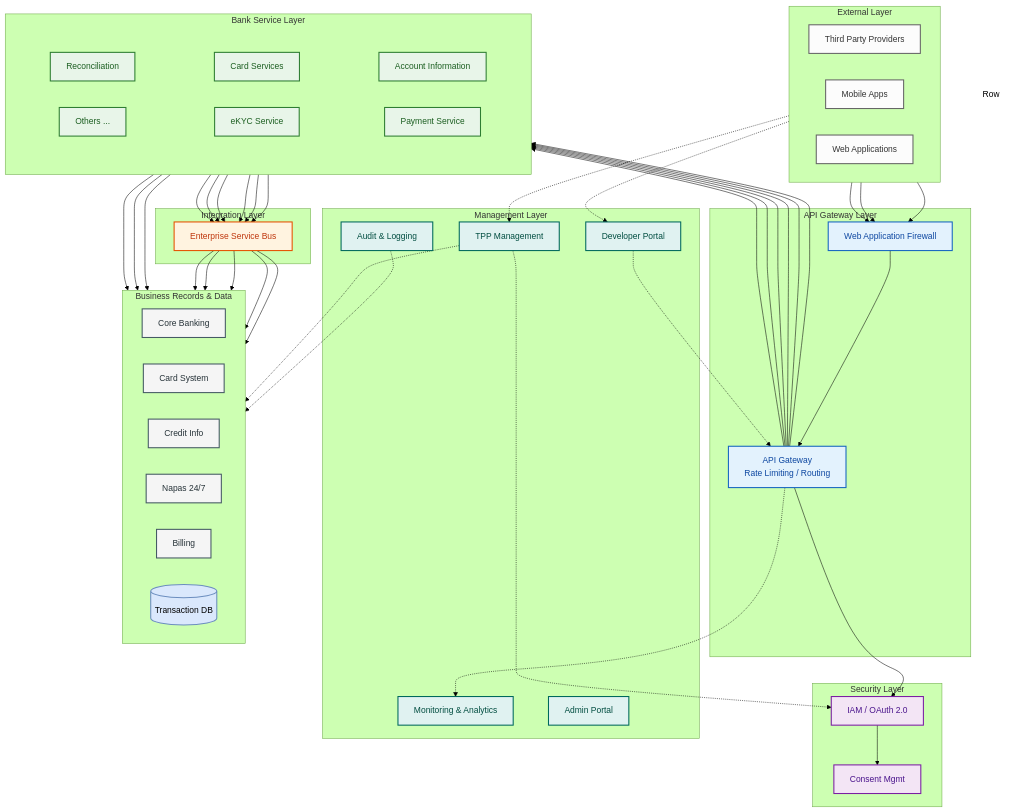
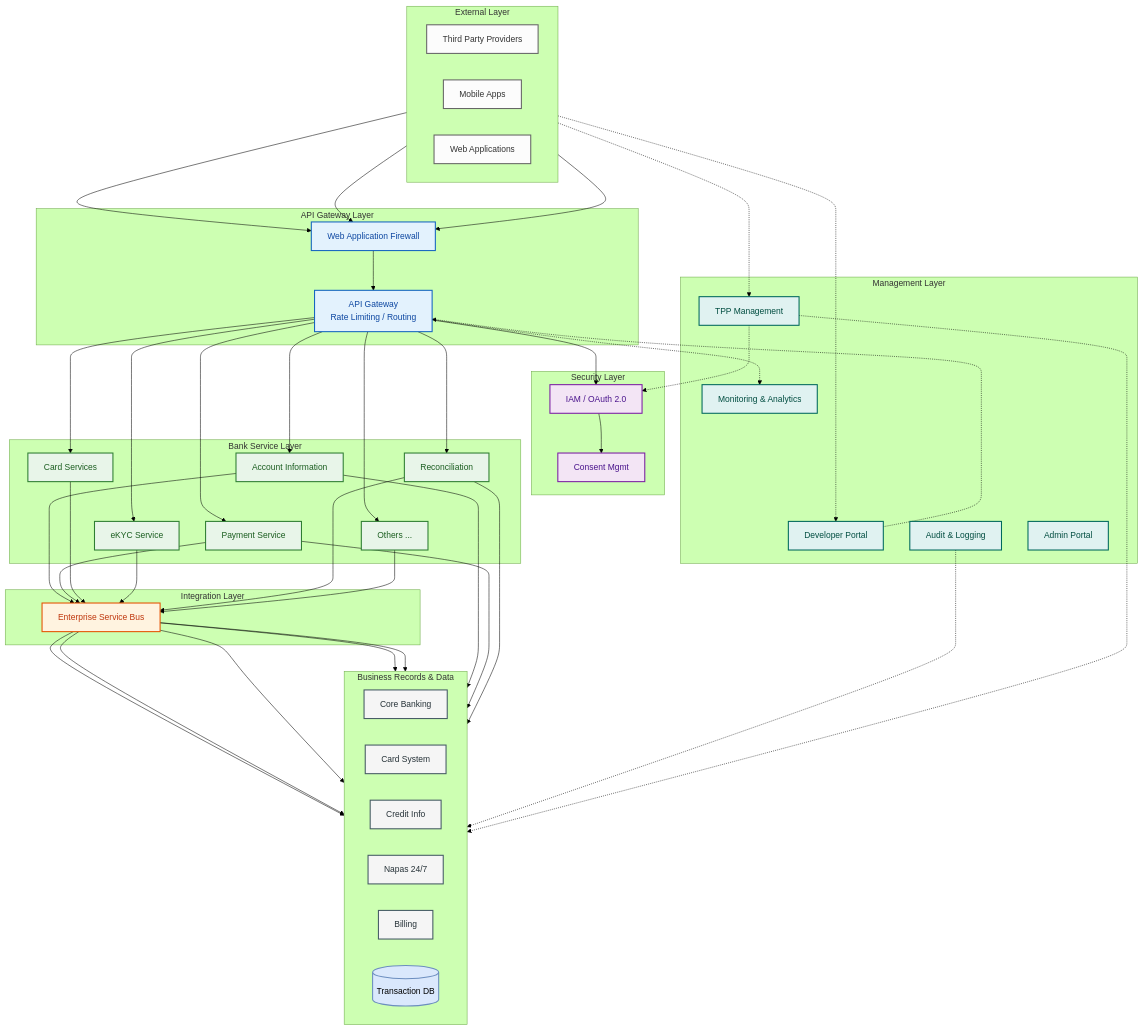
One commit to huuhoait/openbanking-vn-specs changed the first of 2 diagrams in 01-Kien-truc-he-thong.md. Above: the diagram before and after it, drawn with Mermaid (forest theme).

````diff
--- a/01-Kien-truc-he-thong.md
+++ b/01-Kien-truc-he-thong.md
@@ -37,27 +37,13 @@
     end
     
     subgraph Services [Bank Service Layer]
-        direction TB
-        subgraph TopServices [ ]
-            direction LR
-            AIS[Account Information]:::service
-            PIS[Payment Service]:::service
-        end
-        subgraph MidServices [ ]
-            direction LR
-            CardSvc[Card Services]:::service
-            eKYC[eKYC Service]:::service
-        end
-        subgraph BotServices [ ]
-            direction LR
-            Recon[Reconciliation]:::service
-            OtherSvc[Others ...]:::service
-        end
+        AIS[Account Information]:::service
+        PIS[Payment Service]:::service
+        CardSvc[Card Services]:::service
+        eKYC[eKYC Service]:::service
+        Recon[Reconciliation]:::service
+        OtherSvc[Others ...]:::service
     end
-    
-    style TopServices fill:none,stroke:none
-    style MidServices fill:none,stroke:none
-    style BotServices fill:none,stroke:none
     
     subgraph Management [Management Layer]
         DevPortal[Developer Portal]:::management
@@ -102,7 +88,9 @@
     DevPortal -.-> APIGW
     TPPMgmt -.-> IAM
 
+    %% Layout hints
     Security ~~~ Services ~~~ Management
-    
-    style Row fill:none,stroke:none
+    AIS ~~~ PIS
+    CardSvc ~~~ eKYC
+    Recon ~~~ OtherSvc
 ```
````
